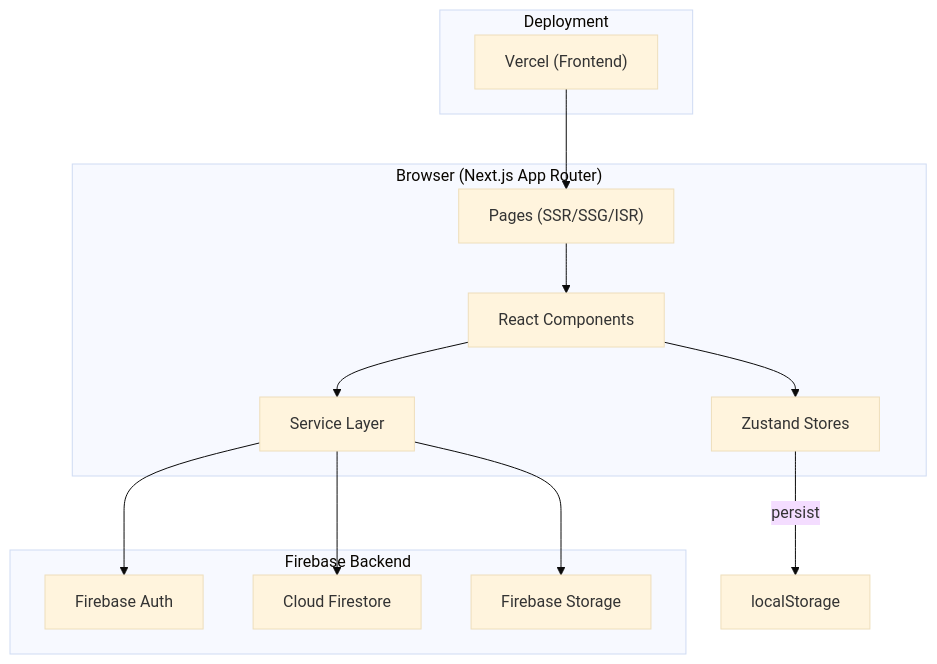
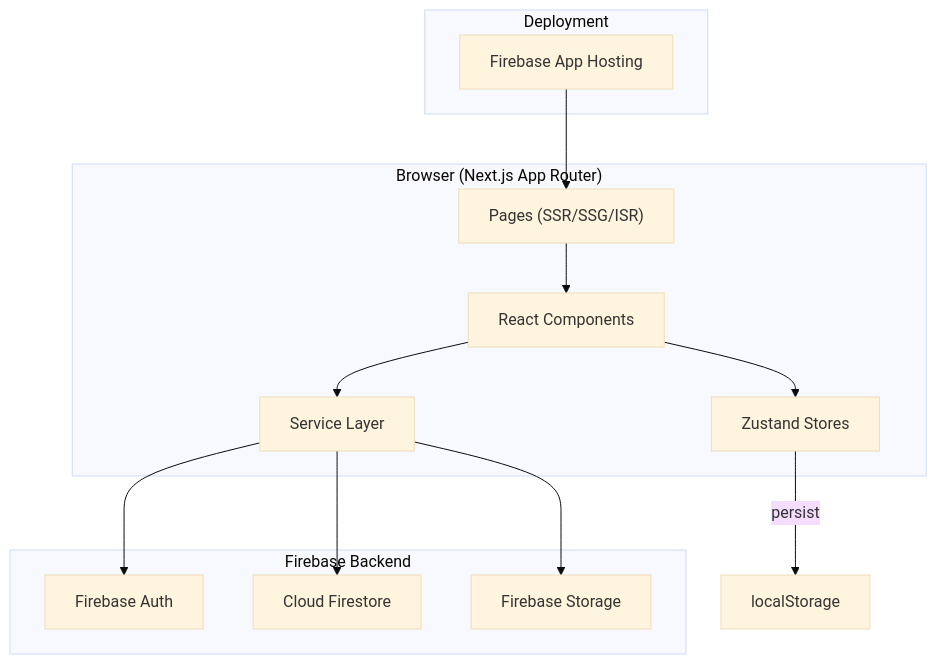
One commit to rajmohanAI/wefton-copper-web changed the first of 4 diagrams in .kiro/specs/wefton-copper-platform/design.md. Above: the diagram before and after it, drawn with Mermaid (base theme). The commit also changed other lines of this file and 1 other file, not shown here.

Commit message:
chore: remove leftover Vercel references after App Hosting move
Drop the .vercel ignore entry and point the platform design spec's
hosting diagrams at Firebase App Hosting.

Claude-Session: https://claude.ai/code/session_01572G8AJkPP7kHDPsZdpgZF

````diff
--- a/.kiro/specs/wefton-copper-platform/design.md
+++ b/.kiro/specs/wefton-copper-platform/design.md
@@ -24,28 +24,28 @@
 ```mermaid
 graph TB
     subgraph Client["Browser (Next.js App Router)"]
         Pages["Pages (SSR/SSG/ISR)"]
         Components["React Components"]
         Stores["Zustand Stores"]
         Services["Service Layer"]
     end
 
     subgraph Firebase["Firebase Backend"]
         Auth["Firebase Auth"]
         Firestore["Cloud Firestore"]
         Storage["Firebase Storage"]
     end
 
     subgraph Hosting["Deployment"]
-        Vercel["Vercel (Frontend)"]
+        AppHosting["Firebase App Hosting"]
     end
 
     Pages --> Components
     Components --> Stores
     Components --> Services
     Services --> Auth
     Services --> Firestore
     Services --> Storage
     Stores -->|persist| LocalStorage["localStorage"]
-    Vercel --> Pages
+    AppHosting --> Pages
 ```
````
